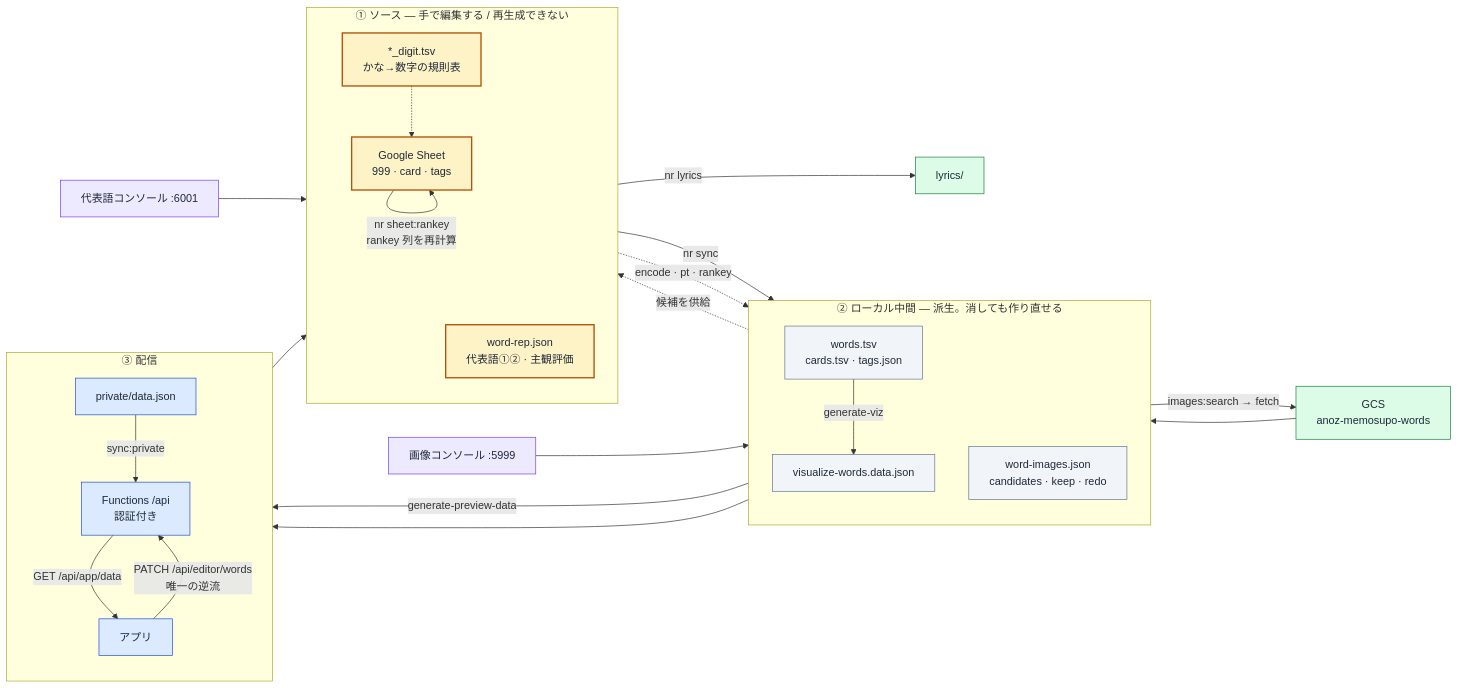
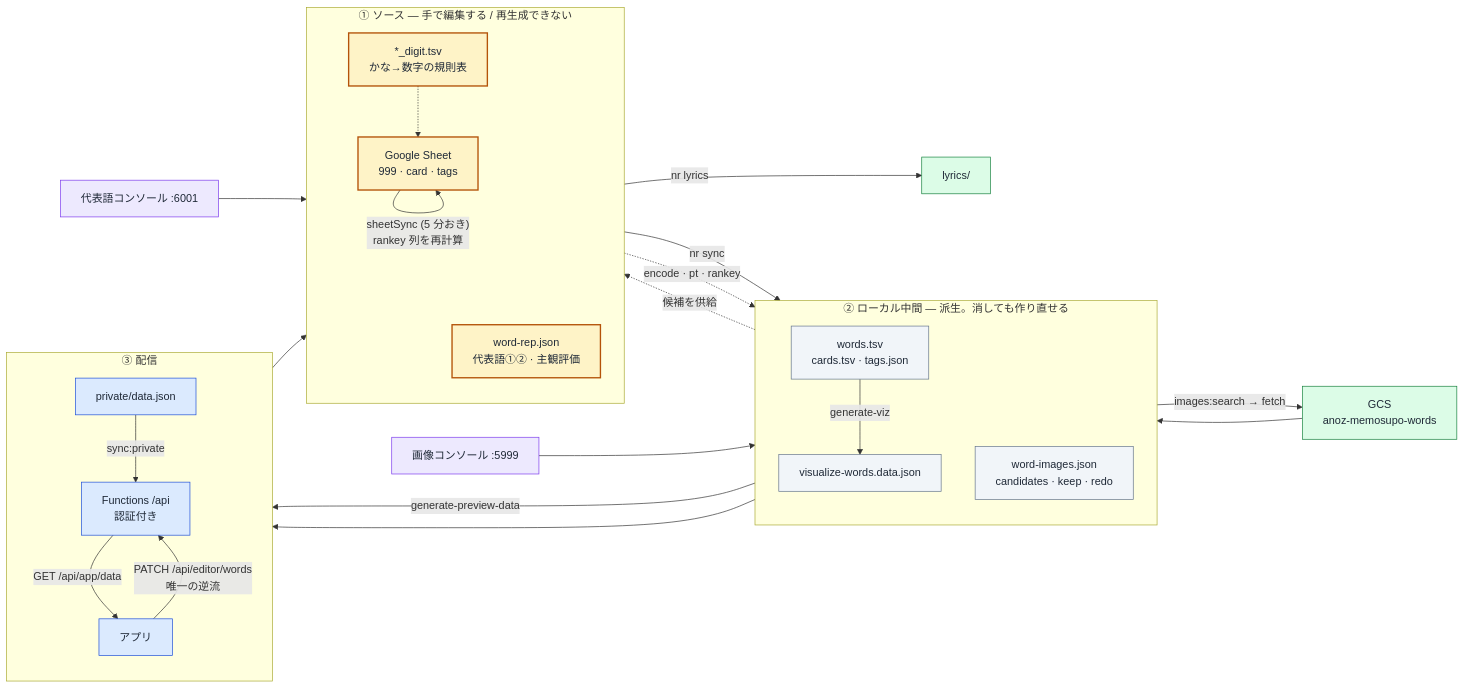
The diagram in docs/data-flow.md (elzup/999), drawn with Mermaid before and after one commit. The commit also changed other lines of this file and 10 other files, not shown here.

First line of the commit message:
feat: シートの rankey 列を定期の同期 (sheetSync) が計算して揃える

````diff
--- a/docs/data-flow.md
+++ b/docs/data-flow.md
@@ -14,56 +14,56 @@
 ```mermaid
 flowchart LR
   subgraph SRC["① ソース — 手で編集する / 再生成できない"]
     direction TB
     Sheet["Google Sheet<br/>999 · card · tags"]
     Rules["*_digit.tsv<br/>かな→数字の規則表"]
     Rep["word-rep.json<br/>代表語①② · 主観評価"]
   end
 
   subgraph MID["② ローカル中間 — 派生。消しても作り直せる"]
     direction TB
     Tsv["words.tsv<br/>cards.tsv · tags.json"]
     Viz["visualize-words.data.json"]
     Img["word-images.json<br/>candidates · keep · redo"]
   end
 
   subgraph OUT["③ 配信"]
     direction TB
     Priv["private/data.json"]
     Fn["Functions /api<br/>認証付き"]
     App["アプリ"]
   end
 
   GCS["GCS<br/>anoz-memosupo-words"]
   Lyr["lyrics/"]
 
   Sheet -->|"nr sync"| Tsv
   Tsv -->|"generate-viz"| Viz
   Rules -.->|"encode · pt · rankey"| Viz
   Rules -.-> Sheet
   Viz -->|"generate-preview-data"| Priv
   Img --> Priv
   Priv -->|"sync:private"| Fn
   Fn -->|"GET /api/app/data"| App
   App -->|"PATCH /api/editor/words<br/>唯一の逆流"| Fn
   Fn --> Sheet
-  Sheet -->|"nr sheet:rankey<br/>rankey 列を再計算"| Sheet
+  Sheet -->|"sheetSync (5 分おき)<br/>rankey 列を再計算"| Sheet
   Tsv -->|"images:search → fetch"| GCS
   GCS --> Img
   Tsv -.->|"候補を供給"| Rep
   Rep -->|"nr lyrics"| Lyr
 
   RepUI["代表語コンソール :6001"] --> Rep
   ImgUI["画像コンソール :5999"] --> Img
 
   classDef src fill:#fef3c7,stroke:#b45309,stroke-width:2px,color:#1f2937
   classDef mid fill:#f1f5f9,stroke:#64748b,color:#1f2937
   classDef out fill:#dbeafe,stroke:#1d4ed8,color:#1f2937
   classDef ui fill:#ede9fe,stroke:#7c3aed,color:#1f2937
   classDef ext fill:#dcfce7,stroke:#15803d,color:#1f2937
   class Sheet,Rules,Rep src
   class Tsv,Viz,Img mid
   class Priv,Fn,App out
   class RepUI,ImgUI ui
   class GCS,Lyr ext
 ```
````
